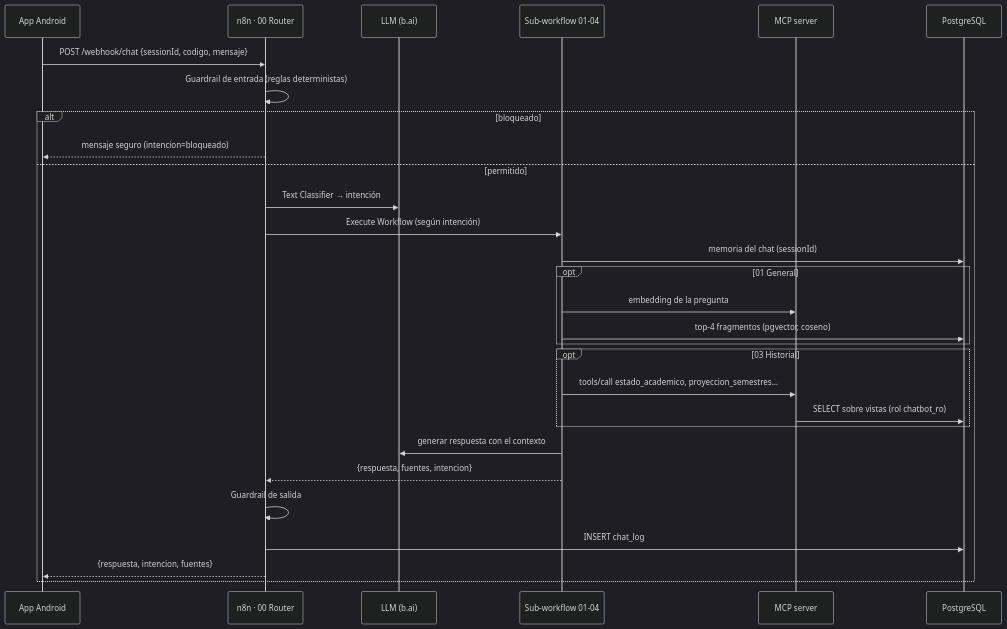
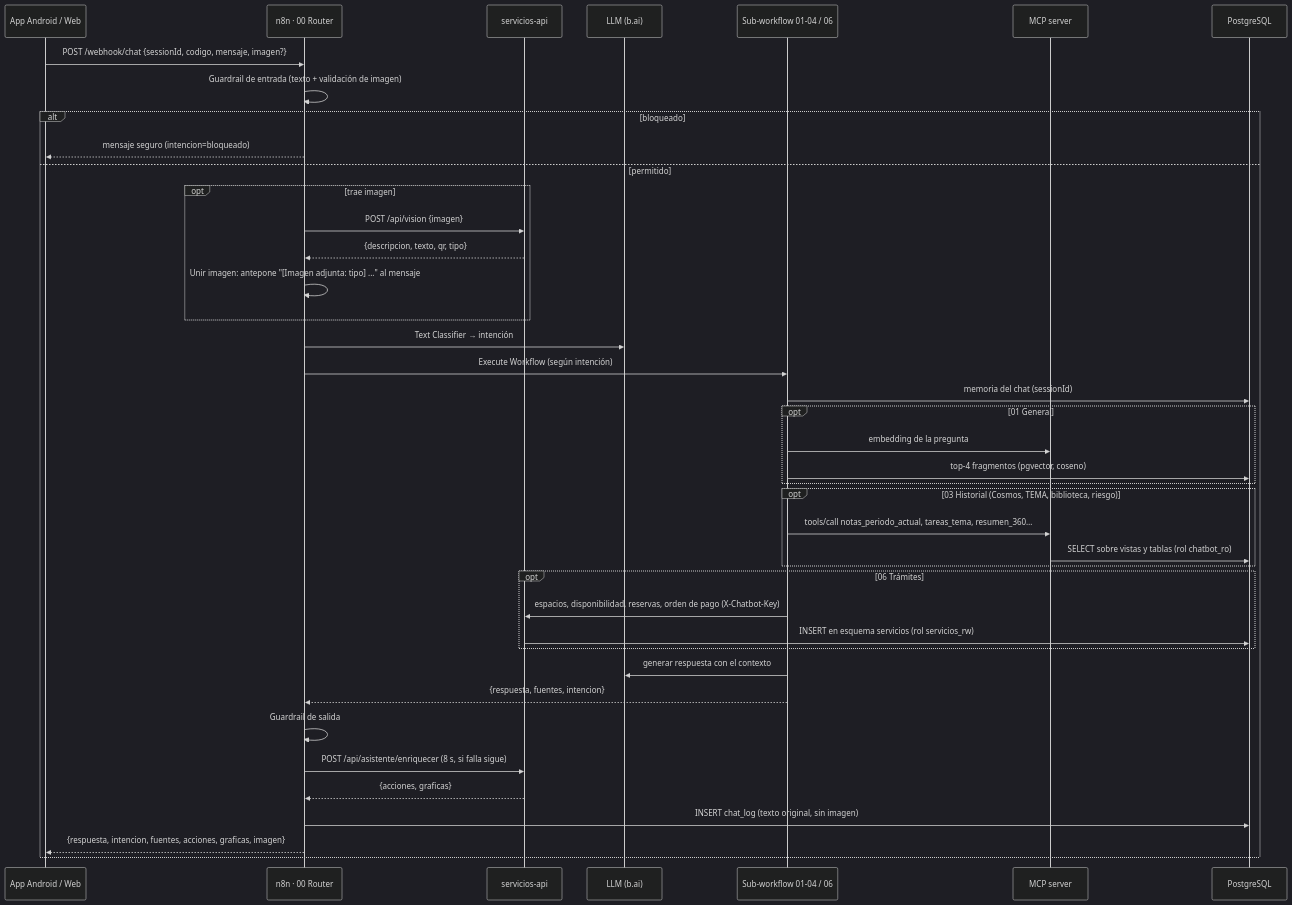
The diagram in docs/ARQUITECTURA.md (Joserraldo/chatbot-academico-unab), drawn with Mermaid (dark theme) before and after one commit. The commit also changed other lines of this file, not shown here.

Commit message:
docs: arquitectura v2 (servicios-api, router con imagen, wf06 y enriquecimiento)

````diff
--- a/docs/ARQUITECTURA.md
+++ b/docs/ARQUITECTURA.md
@@ -19,31 +20,43 @@
 ```mermaid
 sequenceDiagram
-  participant App as App Android
+  participant App as App Android / Web
   participant R as n8n · 00 Router
+  participant API as servicios-api
   participant LLM as LLM (b.ai)
-  participant Sub as Sub-workflow 01-04
+  participant Sub as Sub-workflow 01-04 / 06
   participant MCP as MCP server
   participant DB as PostgreSQL
-  App->>R: POST /webhook/chat {sessionId, codigo, mensaje}
-  R->>R: Guardrail de entrada (reglas deterministas)
+  App->>R: POST /webhook/chat {sessionId, codigo, mensaje, imagen?}
+  R->>R: Guardrail de entrada (texto + validación de imagen)
   alt bloqueado
     R-->>App: mensaje seguro (intencion=bloqueado)
   else permitido
+    opt trae imagen
+      R->>API: POST /api/vision {imagen}
+      API-->>R: {descripcion, texto, qr, tipo}
+      R->>R: Unir imagen: antepone "[Imagen adjunta: tipo] ..." al mensaje
+    end
     R->>LLM: Text Classifier → intención
     R->>Sub: Execute Workflow (según intención)
     Sub->>DB: memoria del chat (sessionId)
     opt 01 General
       Sub->>MCP: embedding de la pregunta
       Sub->>DB: top-4 fragmentos (pgvector, coseno)
     end
-    opt 03 Historial
-      Sub->>MCP: tools/call estado_academico, proyeccion_semestres…
-      MCP->>DB: SELECT sobre vistas (rol chatbot_ro)
+    opt 03 Historial (Cosmos, TEMA, biblioteca, riesgo)
+      Sub->>MCP: tools/call notas_periodo_actual, tareas_tema, resumen_360…
+      MCP->>DB: SELECT sobre vistas y tablas (rol chatbot_ro)
+    end
+    opt 06 Trámites
+      Sub->>API: espacios, disponibilidad, reservas, orden de pago (X-Chatbot-Key)
+      API->>DB: INSERT en esquema servicios (rol servicios_rw)
     end
     Sub->>LLM: generar respuesta con el contexto
     Sub-->>R: {respuesta, fuentes, intencion}
     R->>R: Guardrail de salida
-    R->>DB: INSERT chat_log
-    R-->>App: {respuesta, intencion, fuentes}
+    R->>API: POST /api/asistente/enriquecer (8 s, si falla sigue)
+    API-->>R: {acciones, graficas}
+    R->>DB: INSERT chat_log (texto original, sin imagen)
+    R-->>App: {respuesta, intencion, fuentes, acciones, graficas, imagen}
   end
 ```
````
